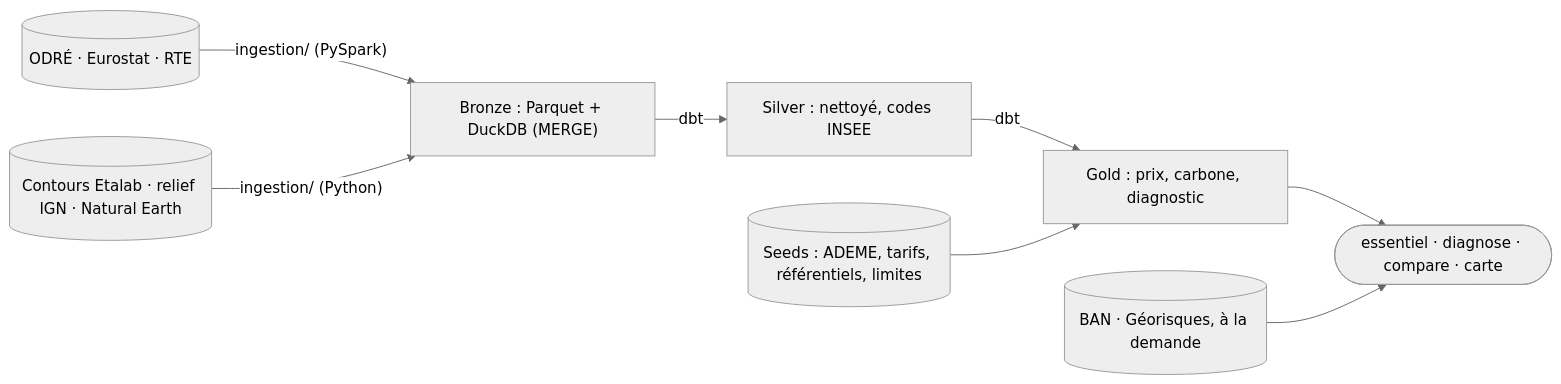
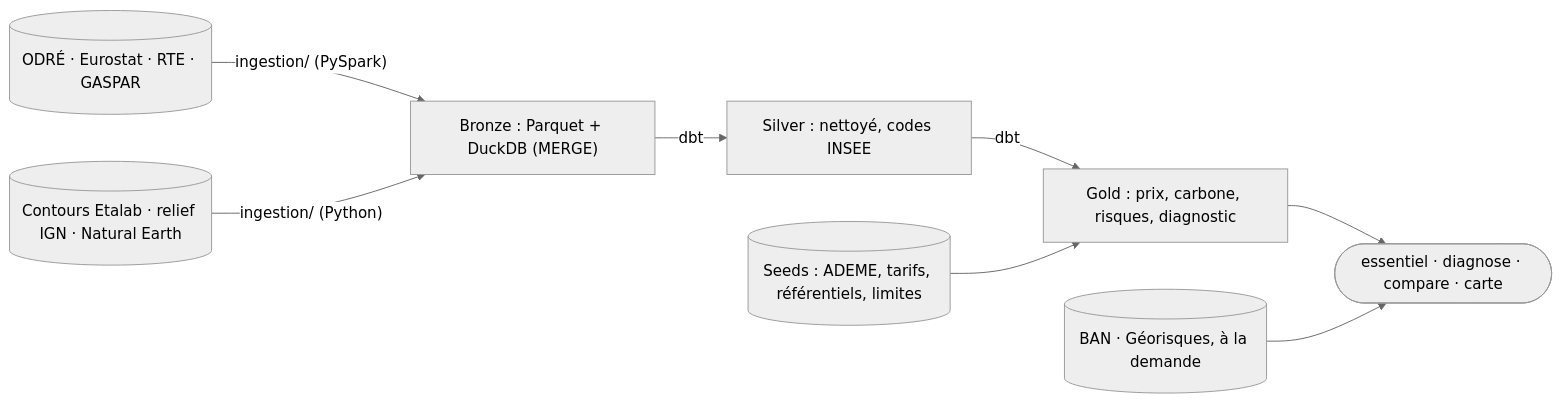
The diagram in README.md (Elias-Ouafi/ou-brancher-mon-entreprise), drawn with Mermaid (neutral theme) before and after one commit. The commit also changed other lines of this file and 8 other files, not shown here.

````diff
--- a/README.md
+++ b/README.md
@@ -71,10 +93,10 @@
 ```mermaid
 flowchart LR
-    SRC[("ODRÉ · Eurostat · RTE")] -->|"ingestion/ (PySpark)"| B["Bronze : Parquet + DuckDB (MERGE)"]
+    SRC[("ODRÉ · Eurostat · RTE · GASPAR")] -->|"ingestion/ (PySpark)"| B["Bronze : Parquet + DuckDB (MERGE)"]
     B -->|dbt| S["Silver : nettoyé, codes INSEE"]
-    S -->|dbt| G["Gold : prix, carbone, diagnostic"]
+    S -->|dbt| G["Gold : prix, carbone, risques, diagnostic"]
     SEEDS[("Seeds : ADEME, tarifs, référentiels, limites")] --> G
     GEO[("Contours Etalab · relief IGN · Natural Earth")] -->|"ingestion/ (Python)"| B
     G --> CLI(["essentiel · diagnose · compare · carte"])
     BAN[("BAN · Géorisques, à la demande")] --> CLI
 ```
````
